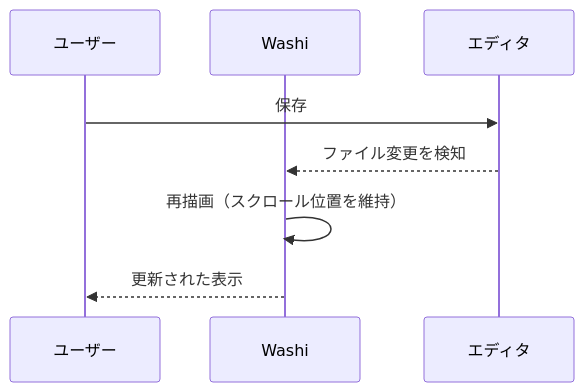
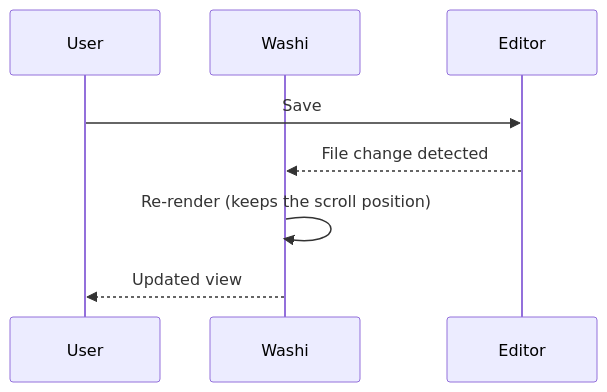
Before and after one commit to Satzzxzxx-OSS/washi: the second of 3 diagrams in examples/showcase.md, drawn with Mermaid. The commit also changed other lines of this file and 5 other files, not shown here.

````diff
--- a/examples/showcase.md
+++ b/examples/showcase.md
@@ -114,10 +114,10 @@
 ```mermaid
 sequenceDiagram
-  participant U as ユーザー
+  participant U as User
   participant W as Washi
-  participant E as エディタ
-  U->>E: 保存
-  E-->>W: ファイル変更を検知
-  W->>W: 再描画（スクロール位置を維持）
-  W-->>U: 更新された表示
+  participant E as Editor
+  U->>E: Save
+  E-->>W: File change detected
+  W->>W: Re-render (keeps the scroll position)
+  W-->>U: Updated view
 ```
````
